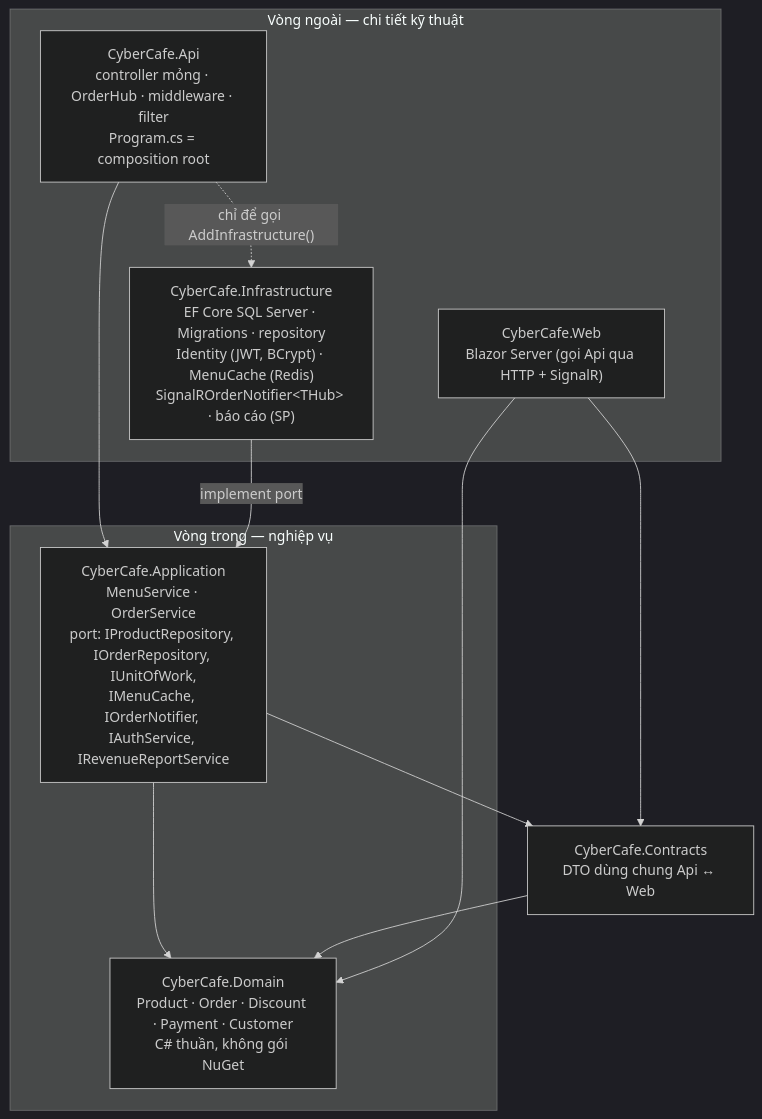
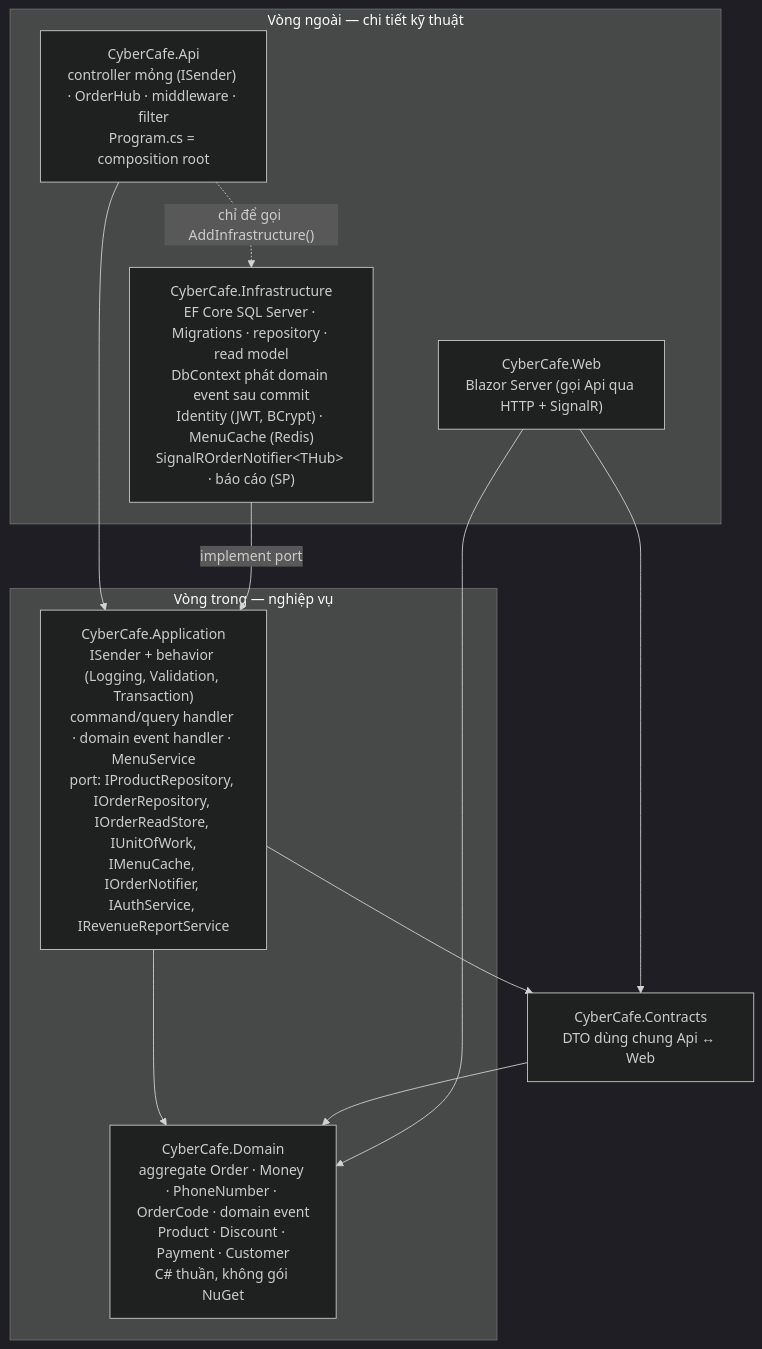
One commit to tiennhm-edu/cybercafe changed the first of 3 diagrams in docs/architecture.md. Above: the diagram before and after it, drawn with Mermaid (dark theme). The commit also changed other lines of this file and 71 other files, not shown here.

````diff
--- a/docs/architecture.md
+++ b/docs/architecture.md
@@ -8,22 +9,22 @@
 ```mermaid
 flowchart TB
     subgraph Outer["Vòng ngoài — chi tiết kỹ thuật"]
         Web["CyberCafe.Web<br/>Blazor Server (gọi Api qua HTTP + SignalR)"]
-        Api["CyberCafe.Api<br/>controller mỏng · OrderHub · middleware · filter<br/>Program.cs = composition root"]
-        Infra["CyberCafe.Infrastructure<br/>EF Core SQL Server · Migrations · repository<br/>Identity (JWT, BCrypt) · MenuCache (Redis)<br/>SignalROrderNotifier&lt;THub&gt; · báo cáo (SP)"]
+        Api["CyberCafe.Api<br/>controller mỏng (ISender) · OrderHub · middleware · filter<br/>Program.cs = composition root"]
+        Infra["CyberCafe.Infrastructure<br/>EF Core SQL Server · Migrations · repository · read model<br/>DbContext phát domain event sau commit<br/>Identity (JWT, BCrypt) · MenuCache (Redis)<br/>SignalROrderNotifier&lt;THub&gt; · báo cáo (SP)"]
     end
     subgraph Inner["Vòng trong — nghiệp vụ"]
-        App["CyberCafe.Application<br/>MenuService · OrderService<br/>port: IProductRepository, IOrderRepository, IUnitOfWork,<br/>IMenuCache, IOrderNotifier, IAuthService, IRevenueReportService"]
-        Domain["CyberCafe.Domain<br/>Product · Order · Discount · Payment · Customer<br/>C# thuần, không gói NuGet"]
+        App["CyberCafe.Application<br/>ISender + behavior (Logging, Validation, Transaction)<br/>command/query handler · domain event handler · MenuService<br/>port: IProductRepository, IOrderRepository, IOrderReadStore, IUnitOfWork,<br/>IMenuCache, IOrderNotifier, IAuthService, IRevenueReportService"]
+        Domain["CyberCafe.Domain<br/>aggregate Order · Money · PhoneNumber · OrderCode · domain event<br/>Product · Discount · Payment · Customer<br/>C# thuần, không gói NuGet"]
     end
     Contracts["CyberCafe.Contracts<br/>DTO dùng chung Api ↔ Web"]
 
     Api --> App
     Api -. "chỉ để gọi AddInfrastructure()" .-> Infra
     Infra -- "implement port" --> App
     App --> Domain
     App --> Contracts
     Contracts --> Domain
     Web --> Contracts
     Web --> Domain
 ```
````
